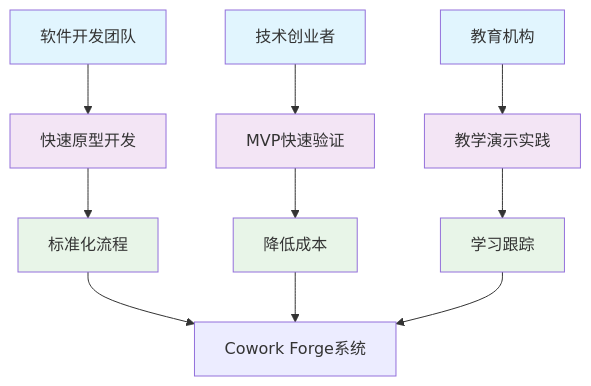
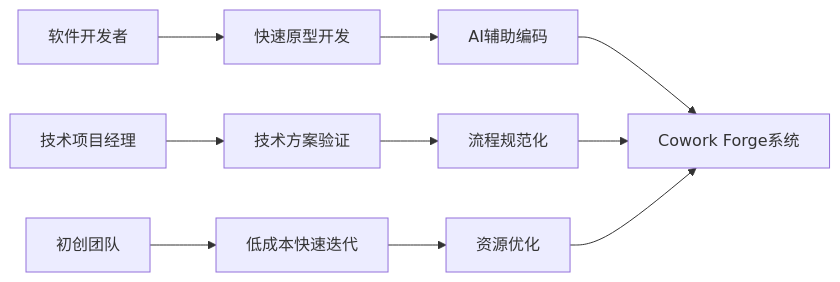
Before and after one commit to sopaco/cowork-forge: the second of 11 diagrams in litho.docs/zh/2、架构概览.md, drawn with Mermaid. The commit also changed other lines of this file and 26 other files, not shown here.

````diff
--- a/litho.docs/zh/2、架构概览.md
+++ b/litho.docs/zh/2、架构概览.md
@@ -46,22 +63,14 @@
 ```mermaid
-graph TB
-    A[软件开发团队] --> B[快速原型开发]
-    C[技术创业者] --> D[MVP快速验证]
-    E[教育机构] --> F[教学演示实践]
+graph LR
+    A[软件开发者] --> B[快速原型开发]
+    C[技术项目经理] --> D[技术方案验证]
+    E[初创团队] --> F[低成本快速迭代]
     
-    B --> G[标准化流程]
-    D --> H[降低成本]
-    F --> I[学习跟踪]
+    B --> G[AI辅助编码]
+    D --> H[流程规范化]
+    F --> I[资源优化]
     
     G --> J[Cowork Forge系统]
     H --> J
     I --> J
-    
-    classDef user fill:#e1f5fe
-    classDef scenario fill:#f3e5f5
-    classDef value fill:#e8f5e8
-    
-    class A,C,E user
-    class B,D,F scenario
-    class G,H,I value
 ```
````
